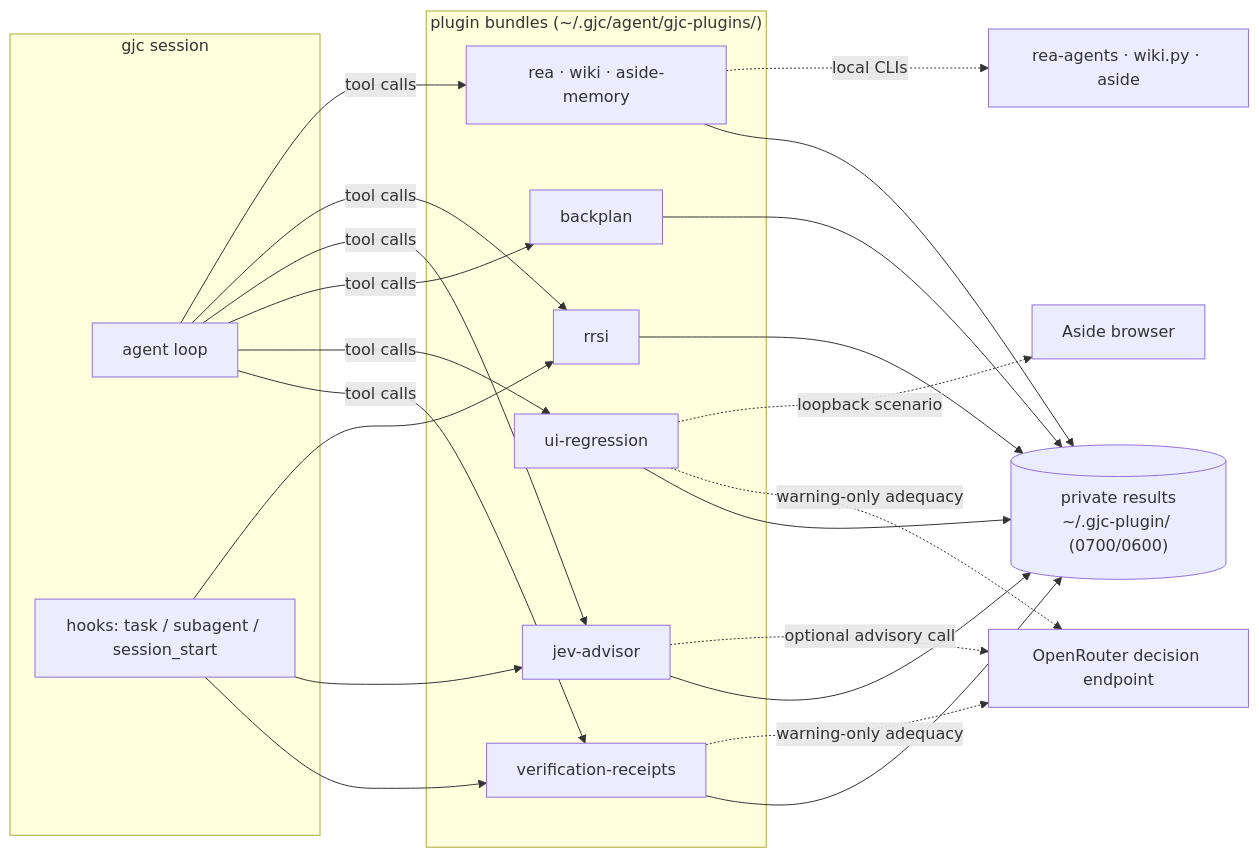
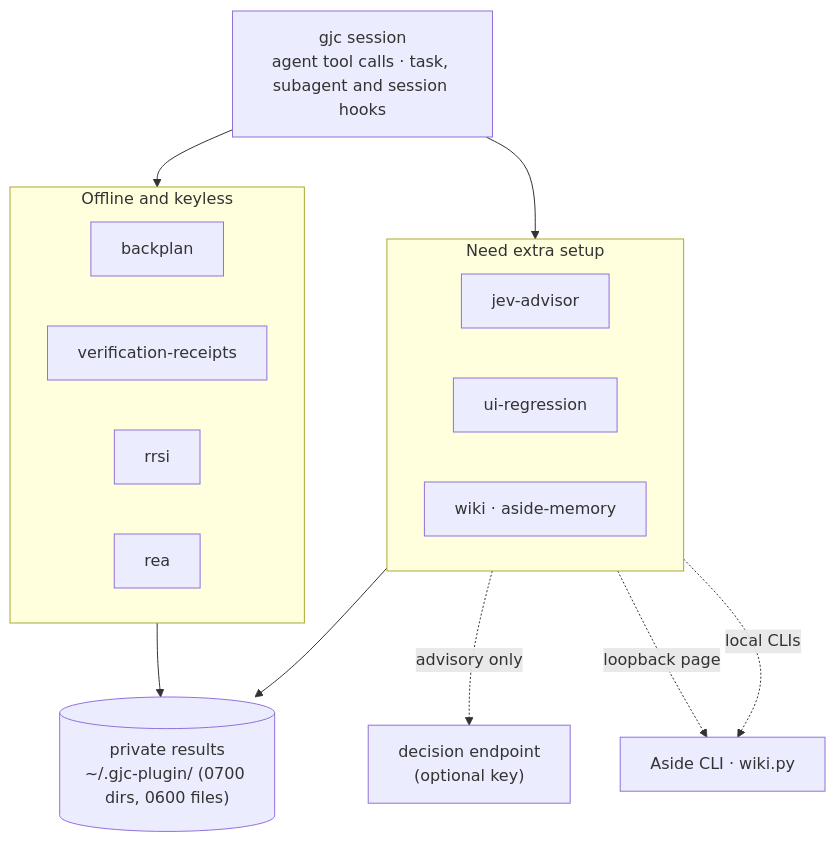
Before and after one commit to jjongguet/gjc-plugin: the diagram in README.md, drawn with Mermaid. The commit also changed other lines of this file, not shown here.

Commit message:
docs: simplify the README architecture diagram
Group plugins into offline/keyless and extra-setup clusters with one edge
per group instead of six crossing tool-call edges, so the diagram stays
legible at GitHub's README width.

````diff
--- a/README.md
+++ b/README.md
@@ -84,23 +84,27 @@
 ```mermaid
-flowchart LR
-  subgraph GJC["gjc session"]
-    agent["agent loop"]
-    hooks["hooks: task / subagent / session_start"]
+flowchart TB
+  session["gjc session<br/>agent tool calls · task, subagent and session hooks"]
+  subgraph offline["Offline and keyless"]
+    direction LR
+    bp["backplan"]
+    vr["verification-receipts"]
+    rr["rrsi"]
+    rea["rea"]
   end
-  subgraph bundles["plugin bundles (~/.gjc/agent/gjc-plugins/)"]
-    vr["verification-receipts"]
+  subgraph external["Need extra setup"]
+    direction LR
+    jev["jev-advisor"]
     ui["ui-regression"]
-    bp["backplan"]
-    jev["jev-advisor"]
-    rr["rrsi"]
-    other["rea · wiki · aside-memory"]
+    personal["wiki · aside-memory"]
   end
-  store[("private results<br/>~/.gjc-plugin/ (0700/0600)")]
-  agent -- tool calls --> vr & ui & bp & jev & rr & other
-  hooks --> vr & jev & rr
-  vr & ui & bp & jev & rr & other --> store
-  jev -. optional advisory call .-> openrouter["OpenRouter decision endpoint"]
-  vr & ui -. warning-only adequacy .-> openrouter
-  ui -. loopback scenario .-> aside["Aside browser"]
-  other -. local CLIs .-> ext["rea-agents · wiki.py · aside"]
+  store[("private results<br/>~/.gjc-plugin/ (0700 dirs, 0600 files)")]
+  decisions["decision endpoint<br/>(optional key)"]
+  tools["Aside CLI · wiki.py"]
+  session --> offline
+  session --> external
+  offline --> store
+  external --> store
+  jev -. advisory only .-> decisions
+  ui -. loopback page .-> tools
+  personal -. local CLIs .-> tools
 ```
````
